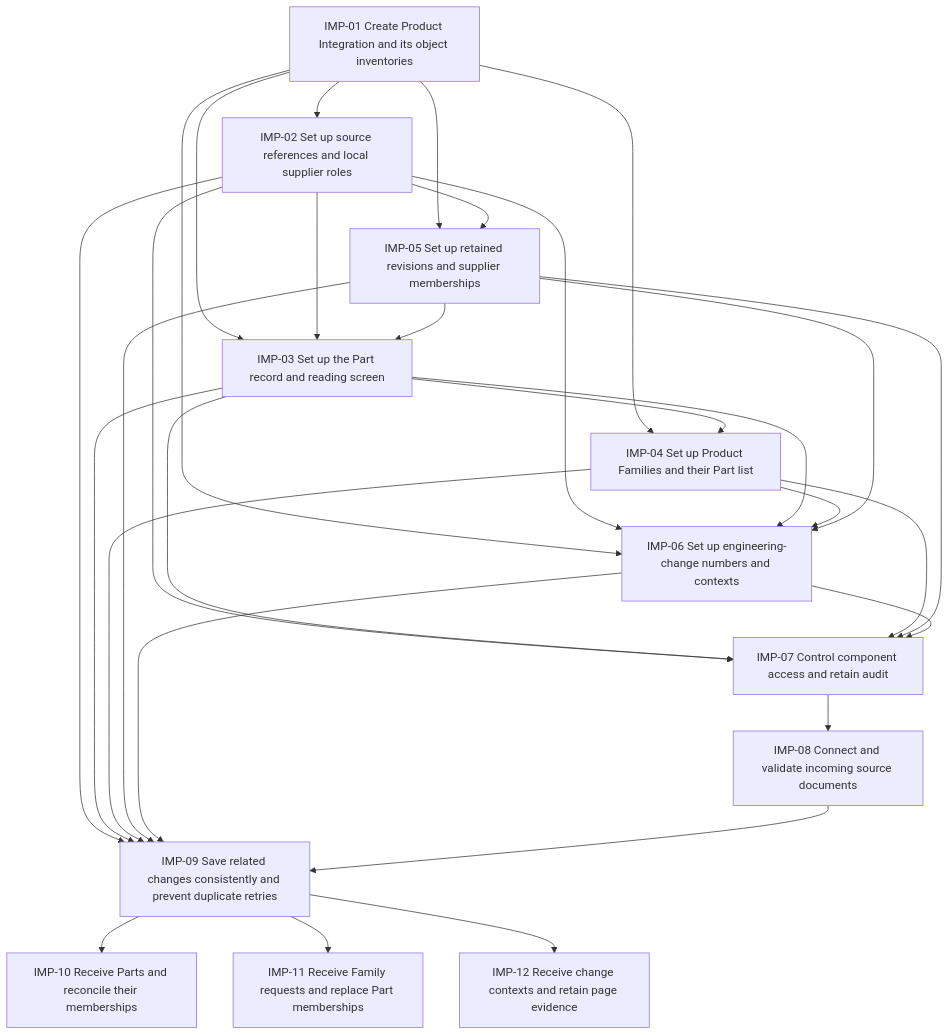
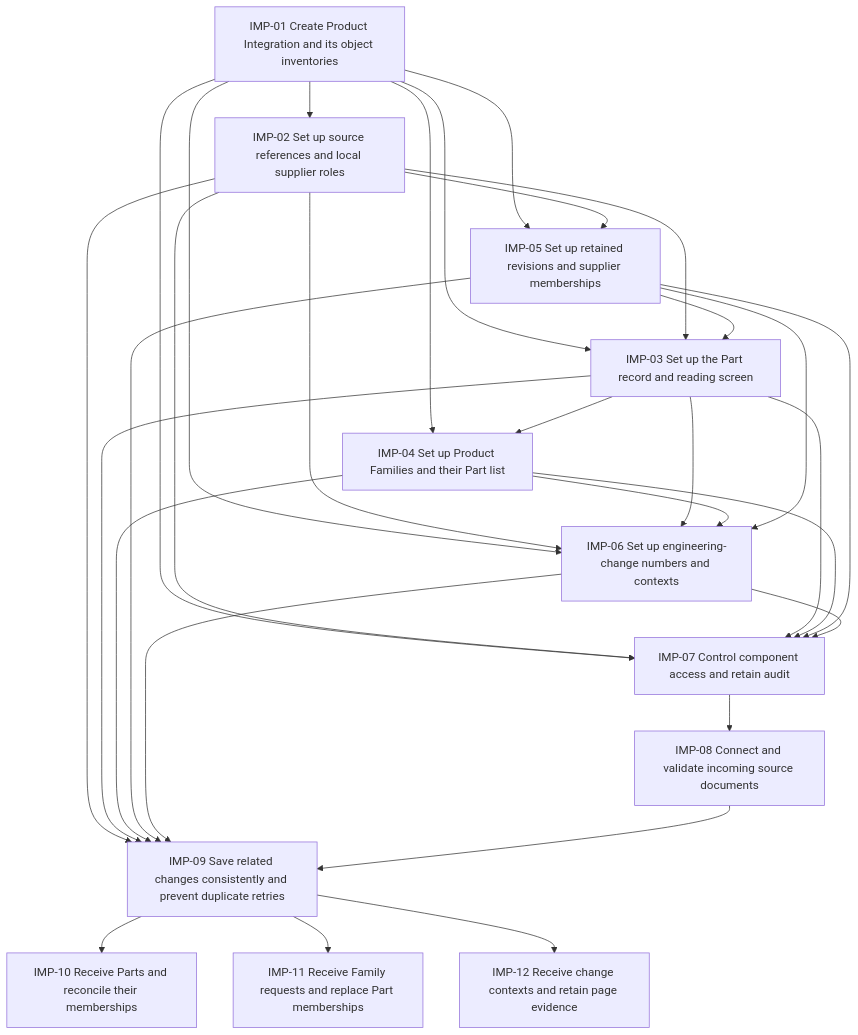
One commit to Summit-EHSQ/subaru changed the diagram in docs/phase 2/product-management/solution_specification/object_model/implementation-plan.md. Above: the diagram before and after it, drawn with Mermaid. The commit also changed other lines of this file and 8 other files, not shown here.

````diff
--- a/docs/phase 2/product-management/solution_specification/object_model/implementation-plan.md
+++ b/docs/phase 2/product-management/solution_specification/object_model/implementation-plan.md
@@ -721,43 +733,44 @@
 ```mermaid
 flowchart TD
 IMP_01["IMP-01 Create Product Integration and its object inventories"]
 IMP_02["IMP-02 Set up source references and local supplier roles"]
 IMP_03["IMP-03 Set up the Part record and reading screen"]
 IMP_04["IMP-04 Set up Product Families and their Part list"]
 IMP_05["IMP-05 Set up retained revisions and supplier memberships"]
 IMP_06["IMP-06 Set up engineering-change numbers and contexts"]
 IMP_07["IMP-07 Control component access and retain audit"]
 IMP_08["IMP-08 Connect and validate incoming source documents"]
 IMP_09["IMP-09 Save related changes consistently and prevent duplicate retries"]
 IMP_10["IMP-10 Receive Parts and reconcile their memberships"]
 IMP_11["IMP-11 Receive Family requests and replace Part memberships"]
 IMP_12["IMP-12 Receive change contexts and retain page evidence"]
 IMP_01 --> IMP_02
 IMP_01 --> IMP_03
 IMP_02 --> IMP_03
 IMP_05 --> IMP_03
 IMP_01 --> IMP_04
 IMP_03 --> IMP_04
 IMP_01 --> IMP_05
 IMP_02 --> IMP_05
 IMP_01 --> IMP_06
 IMP_02 --> IMP_06
 IMP_03 --> IMP_06
 IMP_04 --> IMP_06
 IMP_05 --> IMP_06
+IMP_01 --> IMP_07
 IMP_02 --> IMP_07
 IMP_03 --> IMP_07
 IMP_04 --> IMP_07
 IMP_05 --> IMP_07
 IMP_06 --> IMP_07
 IMP_07 --> IMP_08
 IMP_02 --> IMP_09
 IMP_03 --> IMP_09
 IMP_04 --> IMP_09
 IMP_05 --> IMP_09
 IMP_06 --> IMP_09
 IMP_08 --> IMP_09
 IMP_09 --> IMP_10
 IMP_09 --> IMP_11
 IMP_09 --> IMP_12
 ```
````
